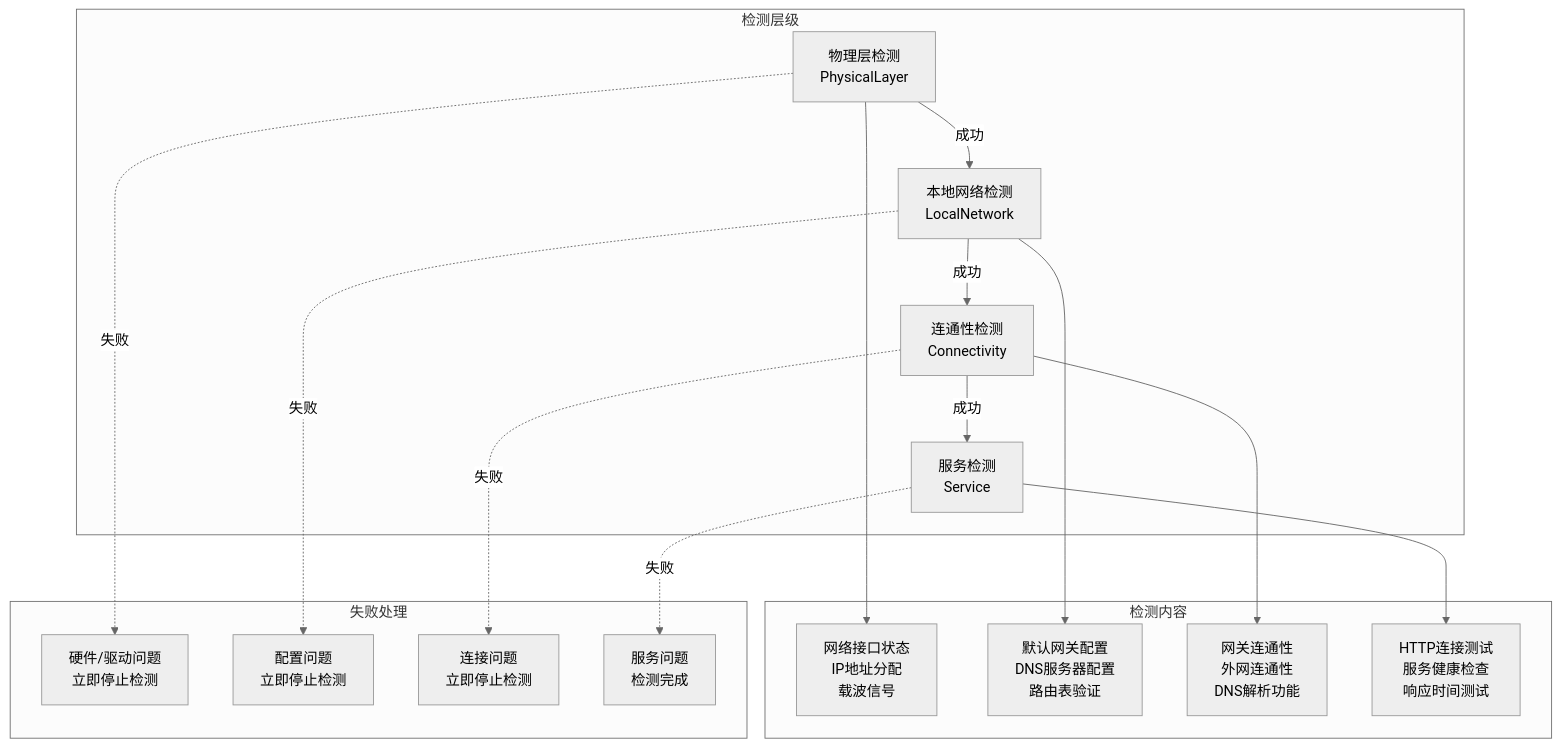
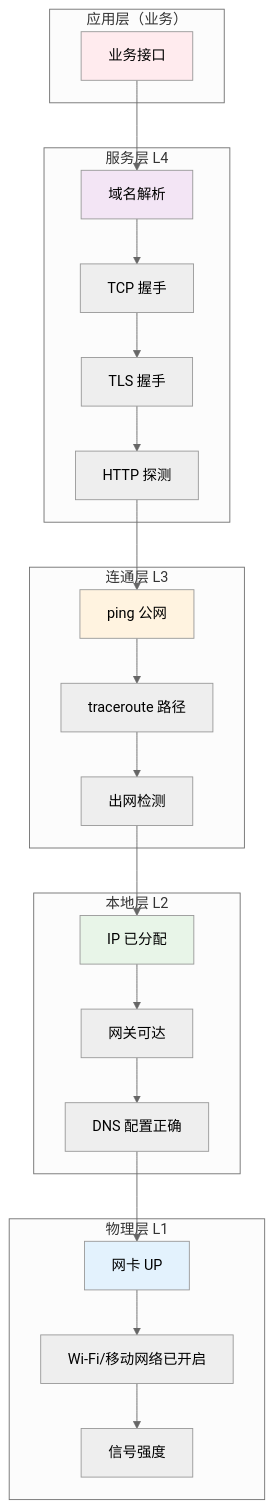
The fifth of 12 diagrams in 00.通用技术的提升/07.方案设计思想/卷三-通信与协议/16.网络检测方案设计.md (chongyang211/YCBookBlog), drawn with Mermaid (neutral theme) before and after one commit. The commit also changed other lines of this file and 44 other files, not shown here.

````diff
--- a/00.通用技术的提升/07.方案设计思想/卷三-通信与协议/16.网络检测方案设计.md
+++ b/00.通用技术的提升/07.方案设计思想/卷三-通信与协议/16.网络检测方案设计.md
@@ -125,37 +267,42 @@
 ```mermaid
-graph TD
-    subgraph "检测层级"
-        L1[物理层检测<br/>PhysicalLayer]
-        L2[本地网络检测<br/>LocalNetwork]
-        L3[连通性检测<br/>Connectivity]
-        L4[服务检测<br/>Service]
+graph TB
+    subgraph "应用层（业务）"
+        Biz[业务接口]
     end
     
-    subgraph "检测内容"
-        P1[网络接口状态<br/>IP地址分配<br/>载波信号]
-        P2[默认网关配置<br/>DNS服务器配置<br/>路由表验证]
-        P3[网关连通性<br/>外网连通性<br/>DNS解析功能]
-        P4[HTTP连接测试<br/>服务健康检查<br/>响应时间测试]
+    subgraph "服务层 L4"
+        S1[域名解析]
+        S2[TCP 握手]
+        S3[TLS 握手]
+        S4[HTTP 探测]
     end
     
-    subgraph "失败处理"
-        F1[硬件/驱动问题<br/>立即停止检测]
-        F2[配置问题<br/>立即停止检测]
-        F3[连接问题<br/>立即停止检测]
-        F4[服务问题<br/>检测完成]
+    subgraph "连通层 L3"
+        C1[ping 公网]
+        C2[traceroute 路径]
+        C3[出网检测]
     end
     
-    L1 --> P1
-    L2 --> P2
-    L3 --> P3
-    L4 --> P4
+    subgraph "本地层 L2"
+        L1[IP 已分配]
+        L2[网关可达]
+        L3[DNS 配置正确]
+    end
     
-    L1 -.->|失败| F1
-    L2 -.->|失败| F2
-    L3 -.->|失败| F3
-    L4 -.->|失败| F4
+    subgraph "物理层 L1"
+        P1[网卡 UP]
+        P2[Wi-Fi/移动网络已开启]
+        P3[信号强度]
+    end
     
-    L1 -->|成功| L2
-    L2 -->|成功| L3
-    L3 -->|成功| L4
+    Biz --> S1 --> S2 --> S3 --> S4
+    S4 --> C1 --> C2 --> C3
+    C3 --> L1 --> L2 --> L3
+    L3 --> P1 --> P2 --> P3
+    
+    style P1 fill:#e3f2fd
+    style L1 fill:#e8f5e8
+    style C1 fill:#fff3e0
+    style S1 fill:#f3e5f5
+    style Biz fill:#ffebee
 ```
````
